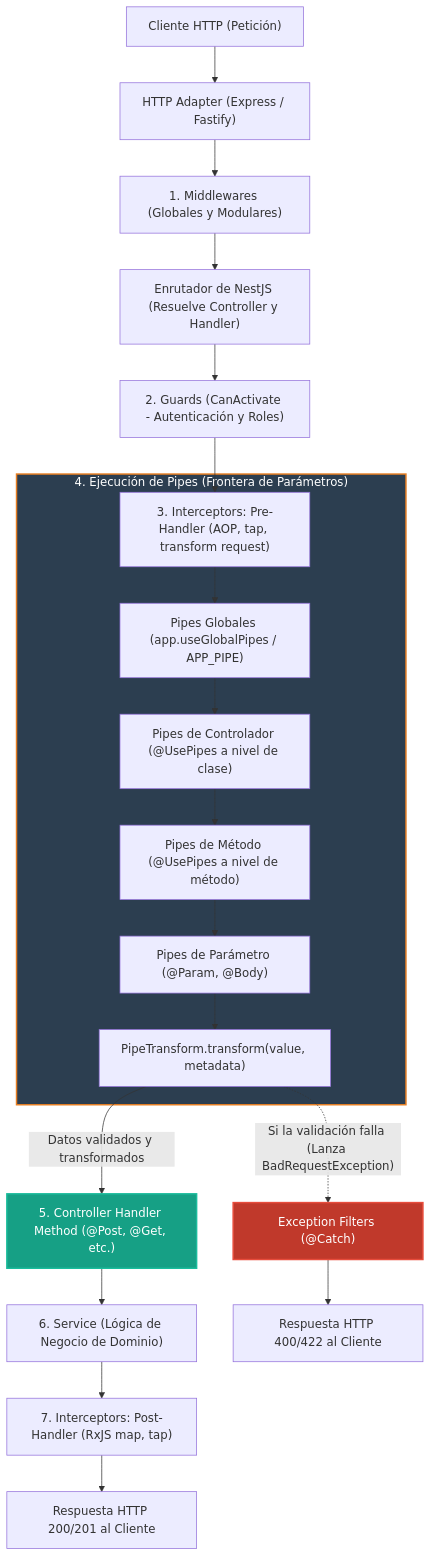
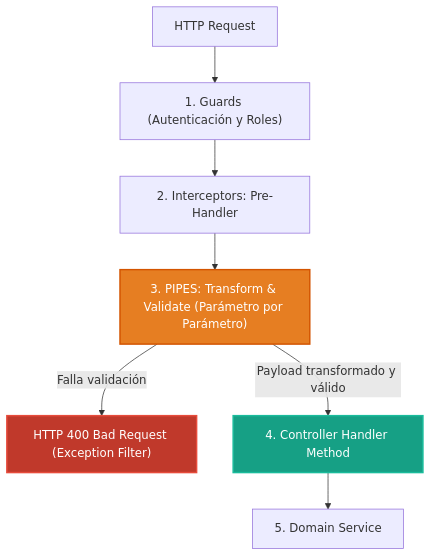
Before and after one commit to PatricioOsorio/nest-first-app: the diagram in notes/2-lifecycle-pipeline/2.2-pipes.md, drawn with Mermaid. The commit also changed other lines of this file and 12 other files, not shown here.

````diff
--- a/notes/2-lifecycle-pipeline/2.2-pipes.md
+++ b/notes/2-lifecycle-pipeline/2.2-pipes.md
@@ -26,27 +11,13 @@
 ```mermaid
 flowchart TD
-    Client["Cliente HTTP (Petición)"] --> Adapter["HTTP Adapter (Express / Fastify)"]
-    Adapter --> Middlewares["1. Middlewares (Globales y Modulares)"]
-    Middlewares --> Routing["Enrutador de NestJS (Resuelve Controller y Handler)"]
-    Routing --> Guards["2. Guards (CanActivate - Autenticación y Roles)"]
-    Guards --> InterceptorsPre["3. Interceptors: Pre-Handler (AOP, tap, transform request)"]
+    Req["HTTP Request"] --> Guards["1. Guards (Autenticación y Roles)"]
+    Guards --> Interceptors["2. Interceptors: Pre-Handler"]
+    Interceptors --> Pipes["3. PIPES: Transform & Validate (Parámetro por Parámetro)"]
+    Pipes -->|"Falla validación"| Err["HTTP 400 Bad Request (Exception Filter)"]
+    Pipes -->|"Payload transformado y válido"| Handler["4. Controller Handler Method"]
+    Handler --> Service["5. Domain Service"]
 
-    subgraph PIPES_EXECUTION["4. Ejecución de Pipes (Frontera de Parámetros)"]
-        InterceptorsPre --> PipeGlobal["Pipes Globales (app.useGlobalPipes / APP_PIPE)"]
-        PipeGlobal --> PipeController["Pipes de Controlador (@UsePipes a nivel de clase)"]
-        PipeController --> PipeMethod["Pipes de Método (@UsePipes a nivel de método)"]
-        PipeMethod --> PipeParam["Pipes de Parámetro (@Param, @Body)"]
-        PipeParam --> PipeTransform["PipeTransform.transform(value, metadata)"]
-    end
-
-    PipeTransform -.->|"Si la validación falla (Lanza BadRequestException)"| ExceptionFilter["Exception Filters (@Catch)"]
-    PipeTransform -->|"Datos validados y transformados"| Handler["5. Controller Handler Method (@Post, @Get, etc.)"]
-    Handler --> Service["6. Service (Lógica de Negocio de Dominio)"]
-    Service --> InterceptorsPost["7. Interceptors: Post-Handler (RxJS map, tap)"]
-    InterceptorsPost --> ClientResponse["Respuesta HTTP 200/201 al Cliente"]
-    ExceptionFilter --> ErrorResponse["Respuesta HTTP 400/422 al Cliente"]
-
-    style PIPES_EXECUTION fill:#2c3e50,stroke:#e67e22,stroke-width:2px,color:#fff
+    style Pipes fill:#e67e22,stroke:#d35400,stroke-width:2px,color:#fff
+    style Err fill:#c0392b,stroke:#e74c3c,stroke-width:2px,color:#fff
     style Handler fill:#16a085,stroke:#1abc9c,stroke-width:2px,color:#fff
-    style ExceptionFilter fill:#c0392b,stroke:#e74c3c,stroke-width:2px,color:#fff
 ```
````
